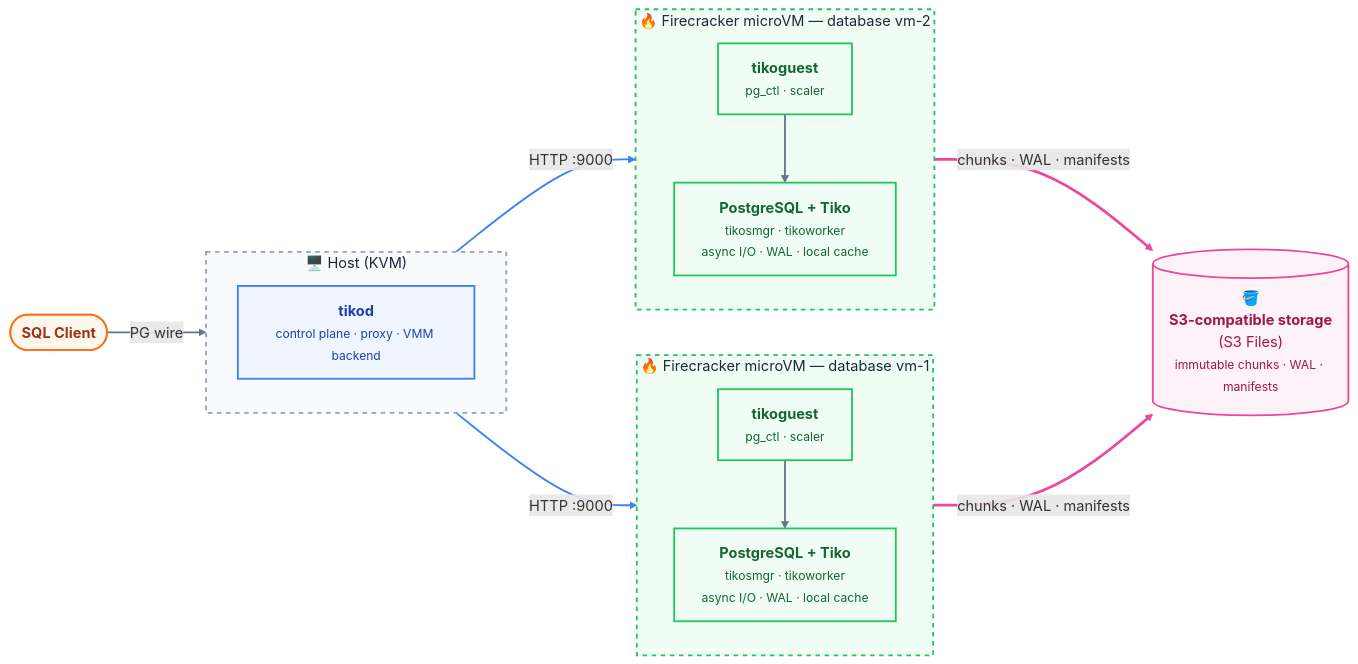
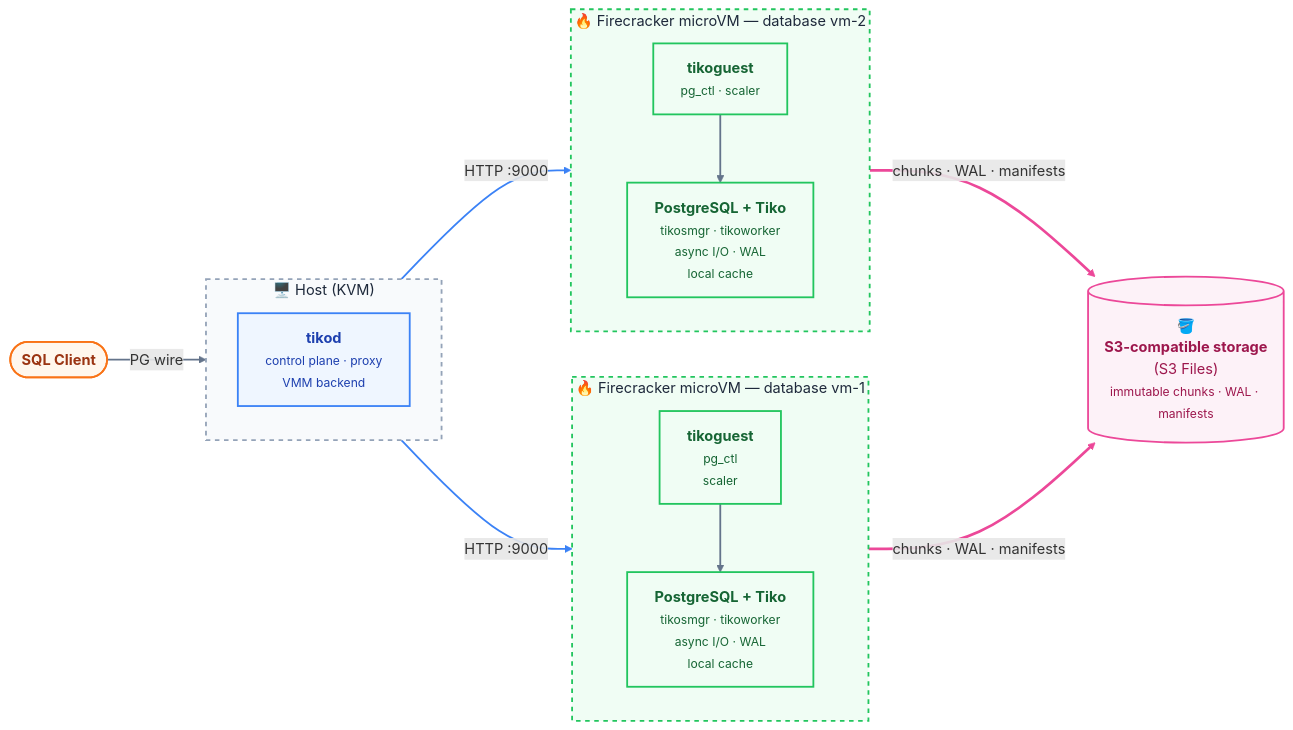
Before and after one commit to burmecia/tiko: the diagram in README.md, drawn with Mermaid.

Commit message:
udpate diagram

````diff
--- a/README.md
+++ b/README.md
@@ -34,54 +34,54 @@
 ```mermaid
 %%{init: {"themeVariables": {"titleColor": "#1e293b", "clusterBkg": "#f8fafc", "clusterBorder": "#94a3b8"}}}%%
 flowchart LR
   Client(["<b>SQL Client</b>"])
 
   subgraph Host ["🖥️ Host (KVM)"]
     direction TB
-    Tikod["<b>tikod</b><br/><small>control plane · proxy · VMM backend</small>"]
+    Tikod["<b>tikod</b><br/><small>control plane · proxy<br/>VMM backend</small>"]
   end
 
   subgraph VM1 ["🔥 Firecracker microVM — database vm-1"]
     direction TB
-    Guest1["<b>tikoguest</b><br/><small>pg_ctl · scaler</small>"]
-    PG1["<b>PostgreSQL + Tiko</b><br/><small>tikosmgr · tikoworker<br/>async I/O · WAL · local cache</small>"]
+    Guest1["<b>tikoguest</b><br/><small>pg_ctl<br/>scaler</small>"]
+    PG1["<b>PostgreSQL + Tiko</b><br/><small>tikosmgr · tikoworker<br/>async I/O · WAL<br/>local cache</small>"]
     Guest1 --> PG1
   end
 
   subgraph VM2 ["🔥 Firecracker microVM — database vm-2"]
     direction TB
     Guest2["<b>tikoguest</b><br/><small>pg_ctl · scaler</small>"]
-    PG2["<b>PostgreSQL + Tiko</b><br/><small>tikosmgr · tikoworker<br/>async I/O · WAL · local cache</small>"]
+    PG2["<b>PostgreSQL + Tiko</b><br/><small>tikosmgr · tikoworker<br/>async I/O · WAL<br/>local cache</small>"]
     Guest2 --> PG2
   end
 
   S3[("🪣<br/><b>S3-compatible storage</b><br/>(S3 Files)<br/><small>immutable chunks · WAL · manifests</small>")]
 
   Client -->|PG wire| Tikod
   Tikod -->|HTTP :9000| Guest1
   Tikod -->|HTTP :9000| Guest2
   PG1 ==>|chunks · WAL · manifests| S3
   PG2 ==>|chunks · WAL · manifests| S3
 
   classDef client fill:#fff7ed,stroke:#f97316,stroke-width:2px,color:#9a3412
   classDef control fill:#eff6ff,stroke:#3b82f6,stroke-width:2px,color:#1e40af
   classDef vm fill:#f0fdf4,stroke:#22c55e,stroke-width:2px,color:#166534
   classDef storage fill:#fdf2f8,stroke:#ec4899,stroke-width:2px,color:#9d174d
 
   class Client client
   class Tikod control
   class Guest1,PG1,Guest2,PG2 vm
   class S3 storage
 
   style Host fill:#f8fafc,stroke:#94a3b8,stroke-width:2px,stroke-dasharray:5 5
   style VM1 fill:#f0fdf4,stroke:#22c55e,stroke-width:2px,stroke-dasharray:5 5
   style VM2 fill:#f0fdf4,stroke:#22c55e,stroke-width:2px,stroke-dasharray:5 5
   style S3 fill:#fdf2f8,stroke:#ec4899,stroke-width:2px
   linkStyle 0 stroke:#64748b,stroke-width:2px
   linkStyle 1 stroke:#64748b,stroke-width:2px
   linkStyle 2 stroke:#64748b,stroke-width:2px
   linkStyle 3 stroke:#3b82f6,stroke-width:2px
   linkStyle 4 stroke:#3b82f6,stroke-width:2px
   linkStyle 5 stroke:#ec4899,stroke-width:3px
   linkStyle 6 stroke:#ec4899,stroke-width:3px
 ```
````
